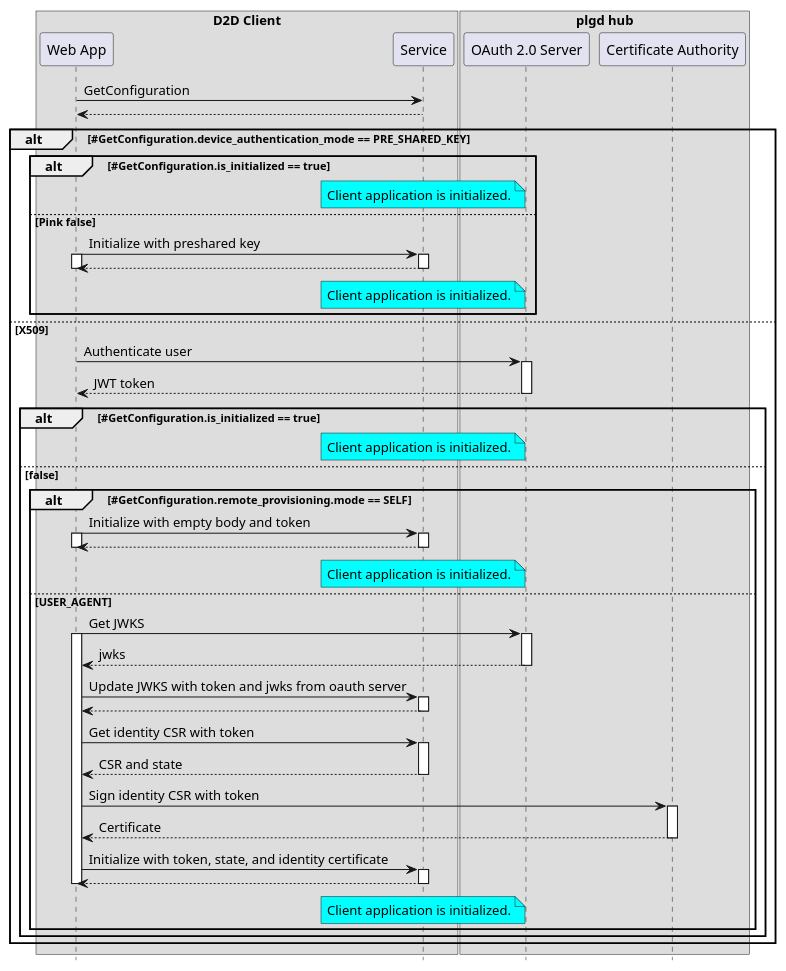
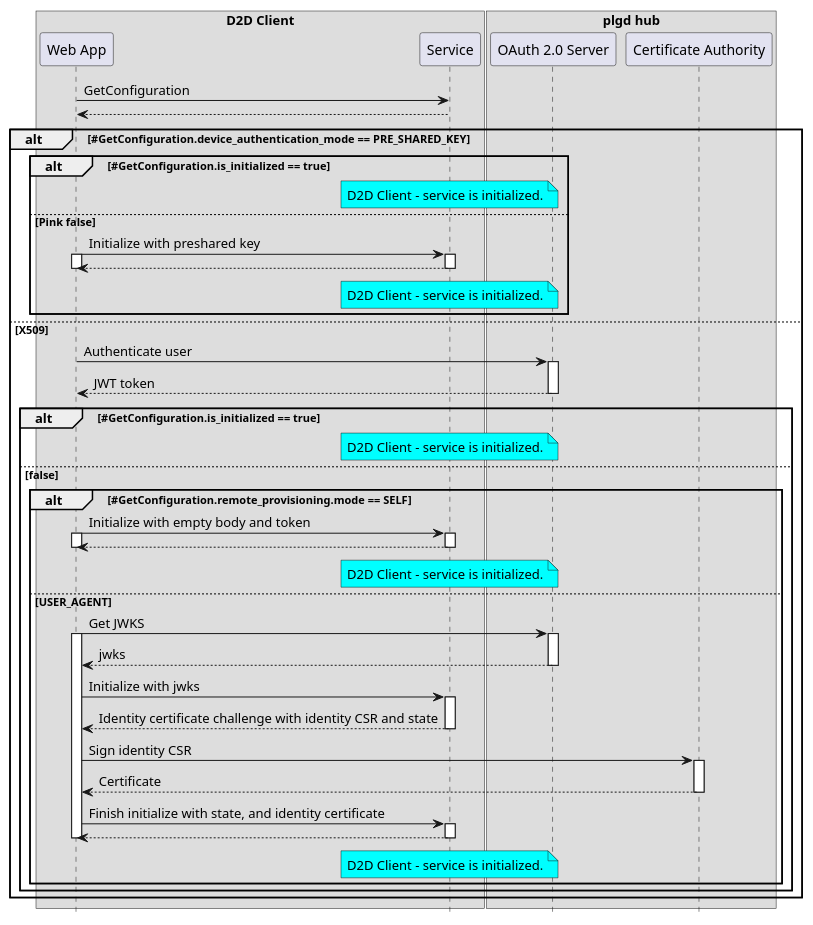
The diagram in initialize.plantuml (plgd-dev/client-application), drawn with PlantUML before and after one commit. The commit also changed 33 other files, not shown here.

```diff
--- a/initialize.plantuml
+++ b/initialize.plantuml
@@ -1,66 +1,64 @@
 @startuml Sequence
 skinparam backgroundColor transparent
 hide footbox
 
 box "D2D Client"
 participant C as "Web App"
 participant S as "Service"
 end box
 
 box "plgd hub"
 participant O as "OAuth 2.0 Server"
 participant CA as "Certificate Authority"
 end box
 
 C -> S: GetConfiguration
 return
 alt #GetConfiguration.device_authentication_mode == PRE_SHARED_KEY
   alt #GetConfiguration.is_initialized == true
       note over S #aqua
-      Client application is initialized.
+       D2D Client - service is initialized.
       end note
   else Pink false
       C -> S ++: Initialize with preshared key
       activate C
       return
       note over S #aqua
-      Client application is initialized.
+      D2D Client - service is initialized.
       end note
       deactivate C
   end
 else X509
     C -> O ++: Authenticate user
     return JWT token 
     alt #GetConfiguration.is_initialized == true
       note over S #aqua
-      Client application is initialized.
-    end note
+      D2D Client - service is initialized.
+      end note
     else false
         alt #GetConfiguration.remote_provisioning.mode == SELF
           C -> S ++: Initialize with empty body and token
           activate C
           return
           note over S #aqua
-          Client application is initialized.
+          D2D Client - service is initialized.
           end note
           deactivate C
         else USER_AGENT
           C -> O ++: Get JWKS
           activate C
           return jwks
-          C -> S ++: Update JWKS with token and jwks from oauth server
-          return
-          C -> S ++: Get identity CSR with token
-          return CSR and state
-          C-> CA ++: Sign identity CSR with token
+          C -> S ++: Initialize with jwks
+          return Identity certificate challenge with identity CSR and state
+          C-> CA ++: Sign identity CSR
           return Certificate
-          C -> S ++: Initialize with token, state, and identity certificate
+          C -> S ++: Finish initialize with state, and identity certificate
           return
           note over S #aqua
-          Client application is initialized.
+          D2D Client - service is initialized.
           end note
           deactivate C
         end
     end
 end
 @enduml
```
